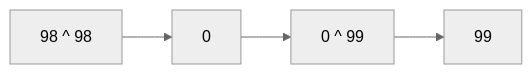
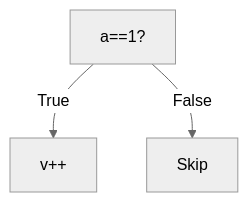
Before and after one commit to amnahwaida/OSNK_INF_PREP: the seventh of 25 diagrams in part-c-pemahaman-cpp/06-bitwise/latihan/set-02.md, drawn with Mermaid (neutral theme). The commit also changed other lines of this file and 71 other files, not shown here.

````diff
--- a/part-c-pemahaman-cpp/06-bitwise/latihan/set-02.md
+++ b/part-c-pemahaman-cpp/06-bitwise/latihan/set-02.md
@@ -220,6 +207,5 @@
 ```mermaid
-graph LR
-    A["98 ^ 98"] --> B[0]
-    B --> C["0 ^ 99"]
-    C --> D["99"]
+graph TD
+A[a==1?] -- True --> B[v++]
+A -- False --> C[Skip]
 ```
````
